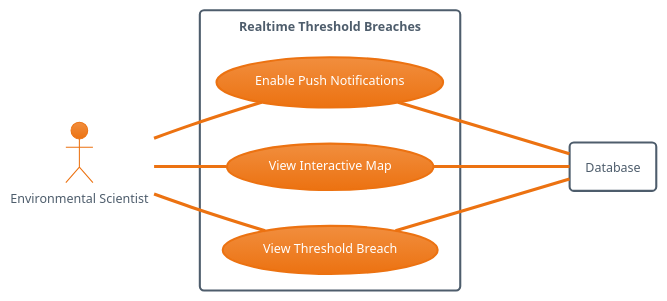
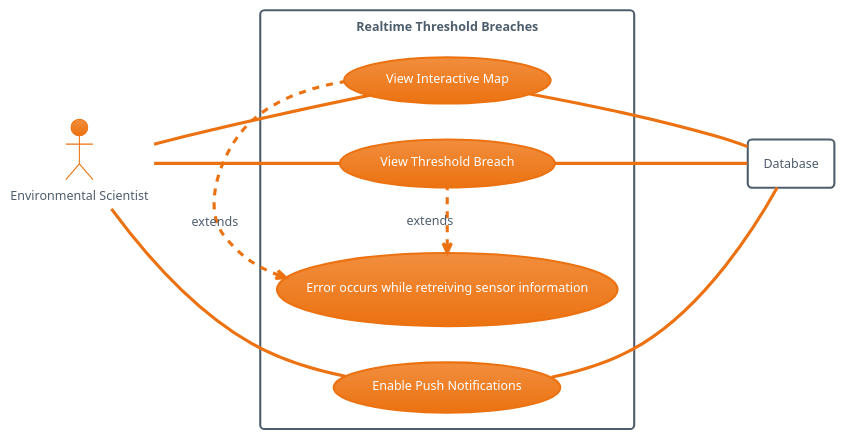
One commit to NikitaEdin/SET09102-2025-TR2 changed the diagram in DOCS/Diagrams/EnvironmentalScientist/EnvironmentalScientist-Diagram-3.puml. Above: the diagram before and after it, drawn with PlantUML. The commit also changed 6 other files, not shown here.

Commit message:
fix diagrams to include extends

```diff
--- a/DOCS/Diagrams/EnvironmentalScientist/EnvironmentalScientist-Diagram-3.puml
+++ b/DOCS/Diagrams/EnvironmentalScientist/EnvironmentalScientist-Diagram-3.puml
@@ -1,24 +1,28 @@
 @startuml
 !theme aws-orange
 left to right direction
 
 actor Scientist as "Environmental Scientist"
 
 rectangle Database
 
 rectangle "Realtime Threshold Breaches" {
 
     usecase UC1 as "Enable Push Notifications"
     usecase UC2 as "View Interactive Map"
     usecase UC3 as "View Threshold Breach"
 
+    usecase UC4 as "Error occurs while retreiving sensor information"
+
     Scientist -- UC1
     Scientist -- UC2
     Scientist -- UC3
 
     UC1 --- Database
     UC2 --- Database
     UC3 --- Database
 
+    UC4 <. UC2 : extends
+    UC4 <. UC3 : extends
 }
 @enduml
```
